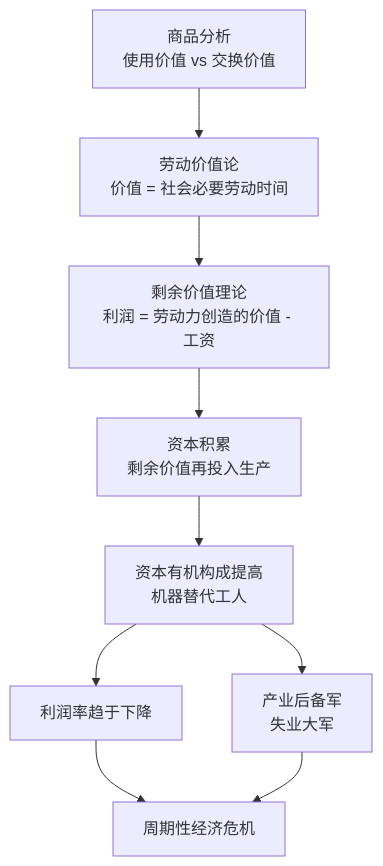
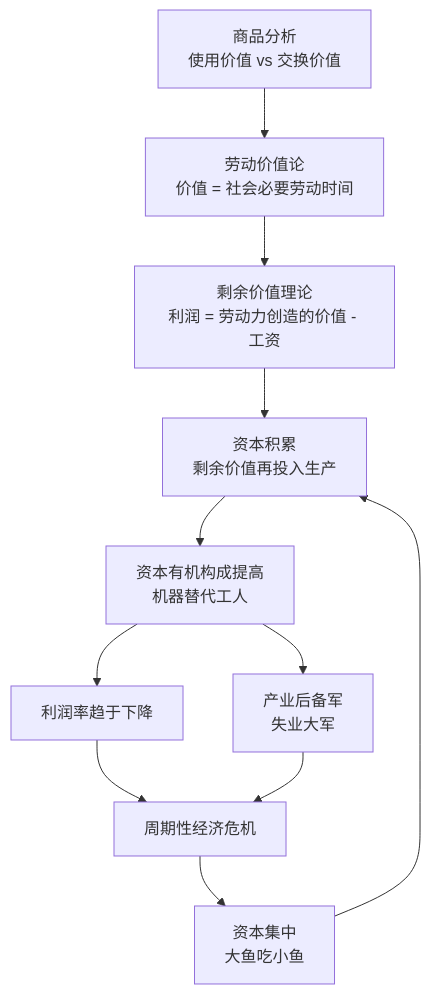
One commit to xdawayer/obsidian changed the diagram in 知识库/经济类/《资本论》 - 卡尔·马克思.md. Above: the diagram before and after it, drawn with Mermaid. The commit also changed other lines of this file, not shown here.

````diff
--- a/知识库/经济类/《资本论》 - 卡尔·马克思.md
+++ b/知识库/经济类/《资本论》 - 卡尔·马克思.md
@@ -33,11 +35,13 @@
 ```mermaid
 graph TD
     A[商品分析<br/>使用价值 vs 交换价值] --> B[劳动价值论<br/>价值 = 社会必要劳动时间]
     B --> C[剩余价值理论<br/>利润 = 劳动力创造的价值 - 工资]
     C --> D[资本积累<br/>剩余价值再投入生产]
     D --> E[资本有机构成提高<br/>机器替代工人]
     E --> F[利润率趋于下降]
     E --> G[产业后备军<br/>失业大军]
     F --> H[周期性经济危机]
     G --> H
+    H --> I[资本集中<br/>大鱼吃小鱼]
+    I --> D
 ```
````
